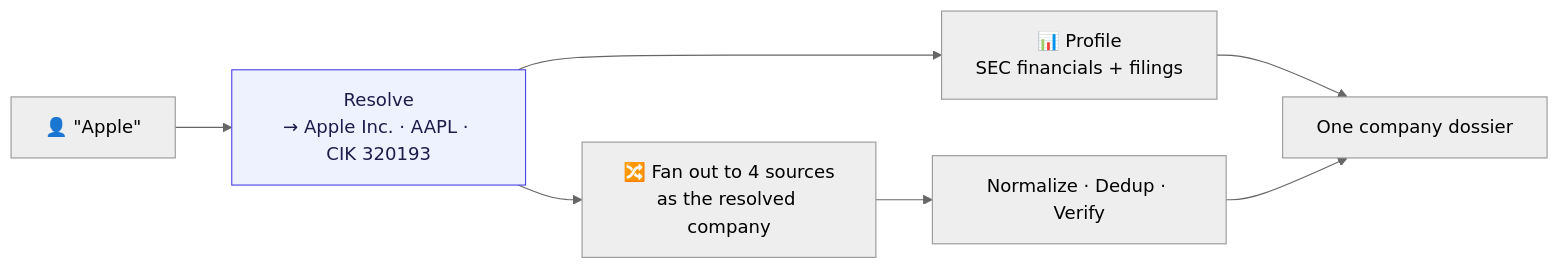
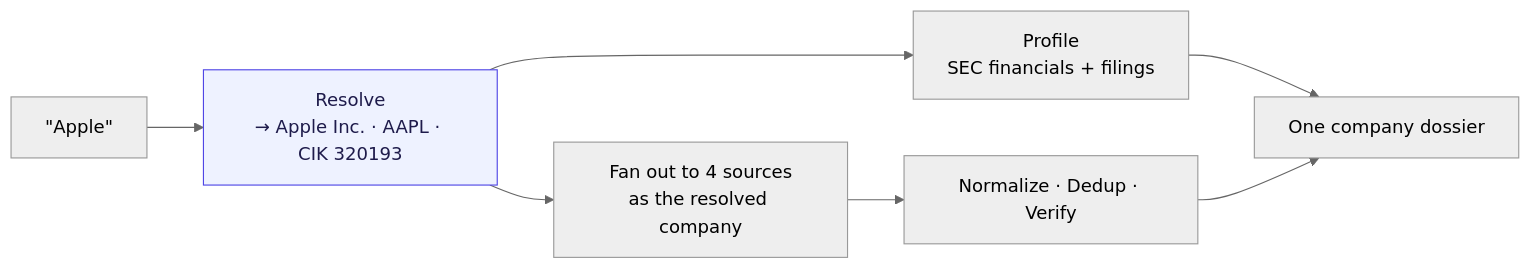
Before and after one commit to AidanColvin/dossier: the first of 11 diagrams in README.md, drawn with Mermaid (neutral theme). The commit also changed other lines of this file and 29 other files, not shown here.

````diff
--- a/README.md
+++ b/README.md
@@ -62,11 +62,11 @@
 ```mermaid
 flowchart LR
-    U["👤 &quot;Apple&quot;"] --> R["Resolve<br/>→ Apple Inc. · AAPL · CIK 320193"]
-    R --> P["📊 Profile<br/>SEC financials + filings"]
-    R --> F["🔀 Fan out to 4 sources<br/>as the resolved company"]
+    U["&quot;Apple&quot;"] --> R["Resolve<br/>→ Apple Inc. · AAPL · CIK 320193"]
+    R --> P["Profile<br/>SEC financials + filings"]
+    R --> F["Fan out to 4 sources<br/>as the resolved company"]
     F --> N["Normalize · Dedup · Verify"]
     P --> OUT["One company dossier"]
     N --> OUT
     classDef hub fill:#eef2ff,stroke:#4f46e5,color:#1e1b4b;
     class R hub;
 ```
````
